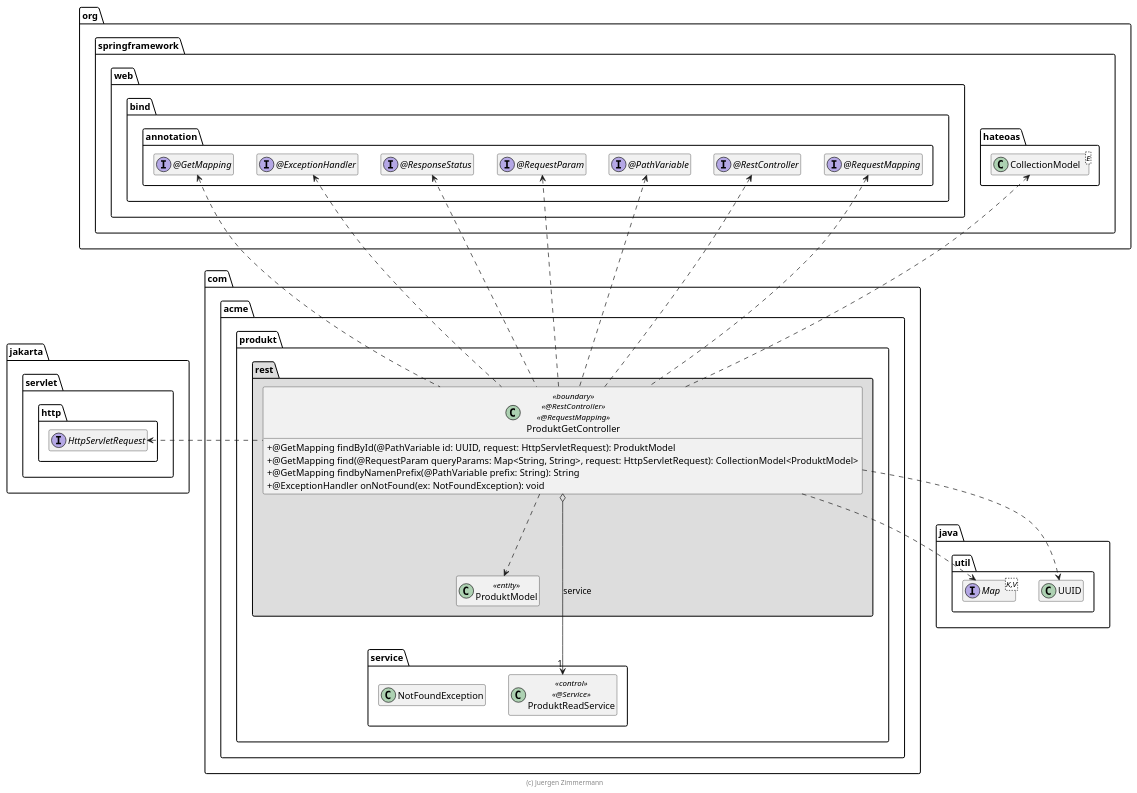
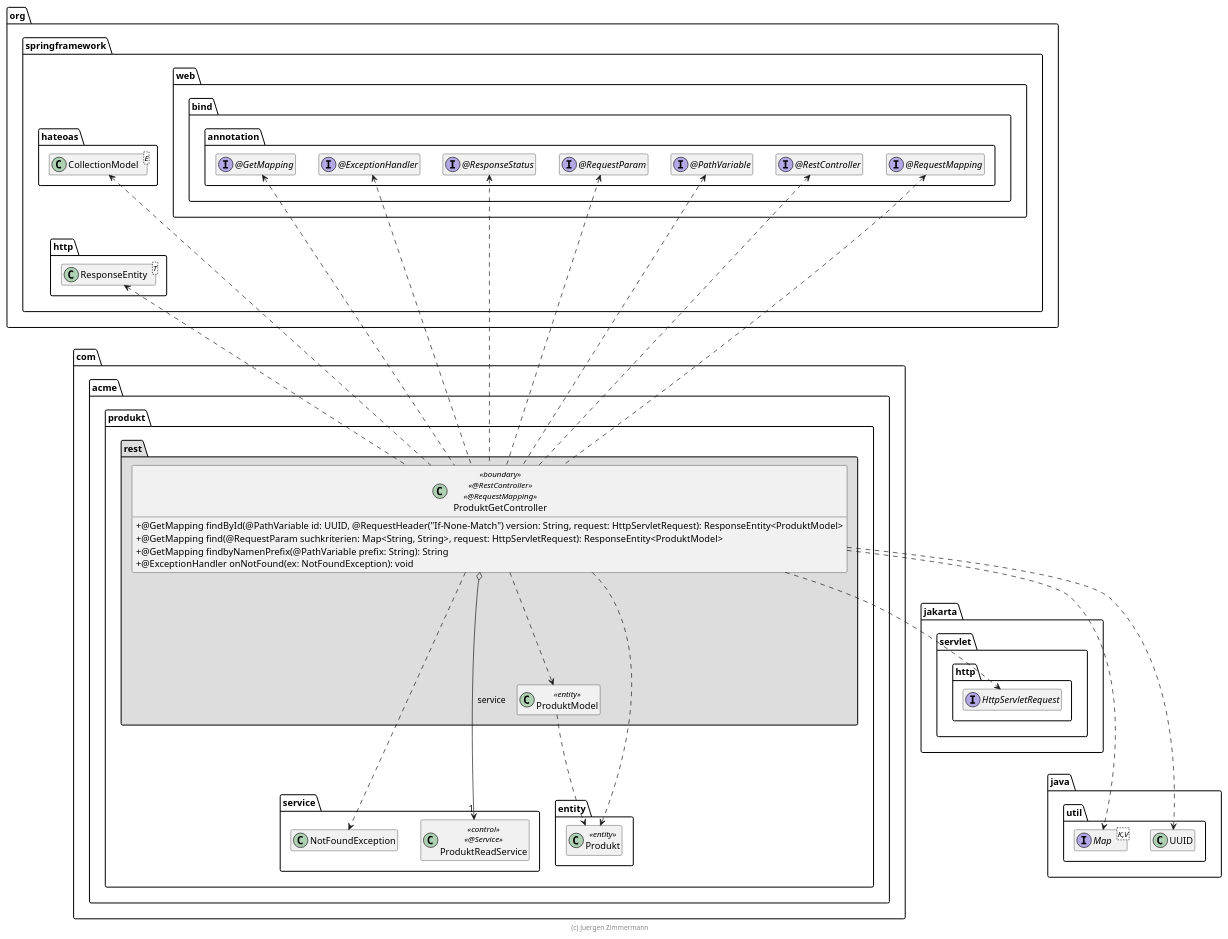
One commit to bichanhoang/produkt-v3 changed the diagram in extras/doc/ProduktGetController.plantuml. Above: the diagram before and after it, drawn with PlantUML. The commit also changed 11 other files, not shown here.

Commit message:
UML Diagramme und Specbuilder raus

```diff
--- a/extras/doc/ProduktGetController.plantuml
+++ b/extras/doc/ProduktGetController.plantuml
@@ -15,71 +15,87 @@
 @startuml ProduktGetController
 
 skinparam classAttributeIconSize 0
 
 package org.springframework {
     package web.bind.annotation {
         interface "@RestController" as RestController
         interface "@RequestMapping" as RequestMapping
         interface "@PathVariable" as PathVariable
         interface "@RequestParam" as RequestParam
         interface "@ExceptionHandler" as ExceptionHandler
         interface "@ResponseStatus" as ResponseStatus
         interface "@GetMapping" as GetMapping
     }
 
+    package http {
+        class ResponseEntity<T>
+    }
     package hateoas {
         class CollectionModel<E>
     }
+
+    ResponseEntity .up[hidden].> CollectionModel
 }
 
 package jakarta.servlet.http {
     interface HttpServletRequest
 }
 
 package java.util {
     interface Map<K,V>
     class UUID
+    UUID .up[hidden].> HttpServletRequest
 }
 
 package com.acme.produkt {
+    package entity {
+        class Produkt << entity >>
+    }
+
     package service {
         class ProduktReadService << control >> << @Service >>
         class NotFoundException
+
+        ProduktReadService .right[hidden].> NotFoundException
     }
 
     package rest #DDDDDD {
         class ProduktModel <<entity>>
 
         class ProduktGetController << boundary >> << @RestController >> << @RequestMapping >> {
-            + @GetMapping findById(@PathVariable id: UUID, request: HttpServletRequest): ProduktModel
-            + @GetMapping find(@RequestParam queryParams: Map<String, String>, request: HttpServletRequest): CollectionModel<ProduktModel>
+            + @GetMapping findById(@PathVariable id: UUID, @RequestHeader("If-None-Match") version: String, request: HttpServletRequest): ResponseEntity<ProduktModel>
+            + @GetMapping find(@RequestParam suchkriterien: Map<String, String>, request: HttpServletRequest): ResponseEntity<ProduktModel>
             + @GetMapping findbyNamenPrefix(@PathVariable prefix: String): String
             + @ExceptionHandler onNotFound(ex: NotFoundException): void
         }
 
-        ProduktGetController o--> "1" ProduktReadService : service
+        ProduktGetController o-right-> "1" ProduktReadService : service
         ProduktGetController ..> ProduktModel
+        ProduktGetController ..> Produkt
+        ProduktGetController ..> NotFoundException
 
-        ProduktGetController .left.> HttpServletRequest
-
+        ProduktGetController .down.> HttpServletRequest
         ProduktGetController .up.> RequestMapping
         ProduktGetController .up.> RestController
         ProduktGetController .up.> CollectionModel
+        ProduktGetController .up.> ResponseEntity
         ProduktGetController .up.> PathVariable
         ProduktGetController .up.> RequestParam
         ProduktGetController .up.> ResponseStatus
         ProduktGetController .up.> ExceptionHandler
         ProduktGetController .up.> GetMapping
 
         ProduktGetController .down.> UUID
         ProduktGetController .down.> Map
 
         ProduktModel .[hidden].> ProduktReadService
+        ProduktModel ..> Produkt
+        ProduktModel .[hidden].> Produkt
     }
 }
 
 hide empty members
 
 footer (c) Juergen Zimmermann
 
 @enduml
```
